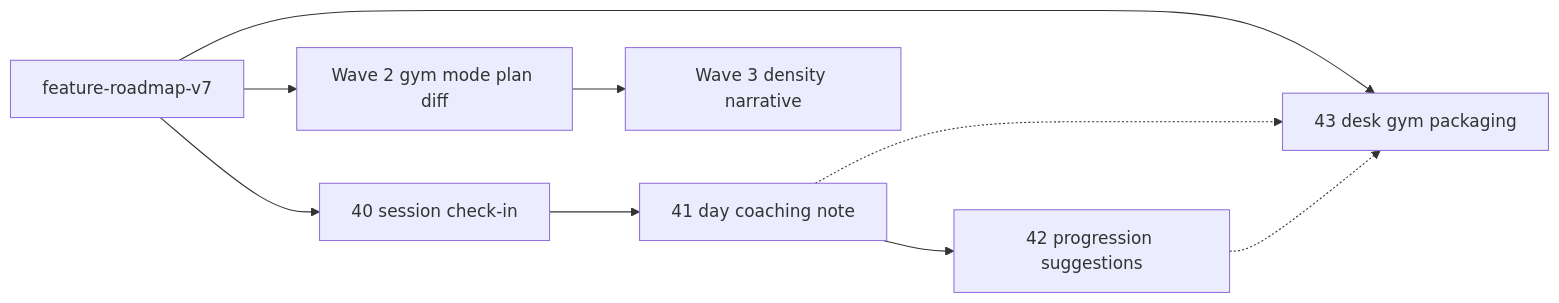
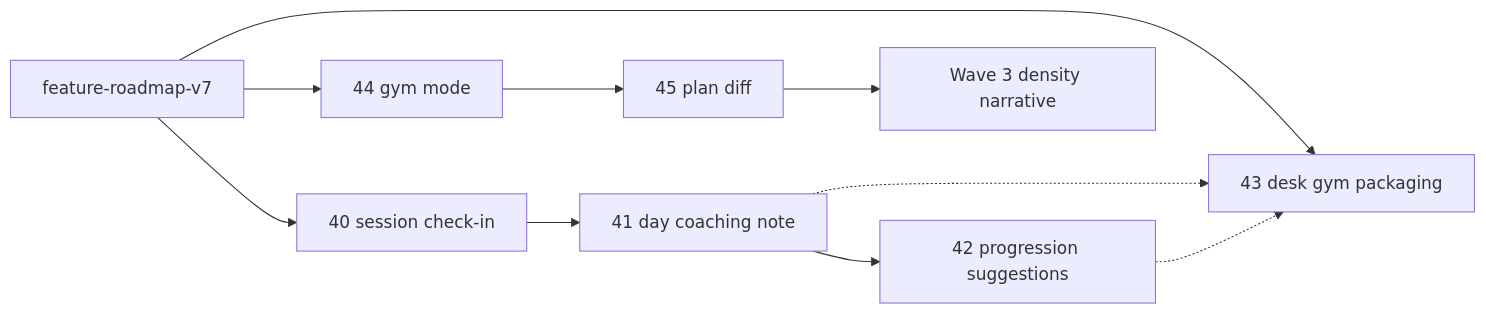
Before and after one commit to edar-dev/powercoach-studio: the first of 4 diagrams in .cursor/plans/README.md, drawn with Mermaid. The commit also changed other lines of this file and 32 other files, not shown here.

First line of the commit message:
feat(identity): Wave 2 — gym mode + plan version diff (#124)

````diff
--- a/.cursor/plans/README.md
+++ b/.cursor/plans/README.md
@@ -19,15 +21,16 @@
 ```mermaid
 flowchart LR
   V7[feature-roadmap-v7]
   F40[40 session check-in]
   F41[41 day coaching note]
   F42[42 progression suggestions]
   F43[43 desk gym packaging]
-  W2[Wave 2 gym mode plan diff]
+  F44[44 gym mode]
+  F45[45 plan diff]
   W3[Wave 3 density narrative]
   V7 --> F40 --> F41 --> F42
   V7 --> F43
   F41 -.-> F43
   F42 -.-> F43
-  V7 --> W2 --> W3
+  V7 --> F44 --> F45 --> W3
 ```
````
